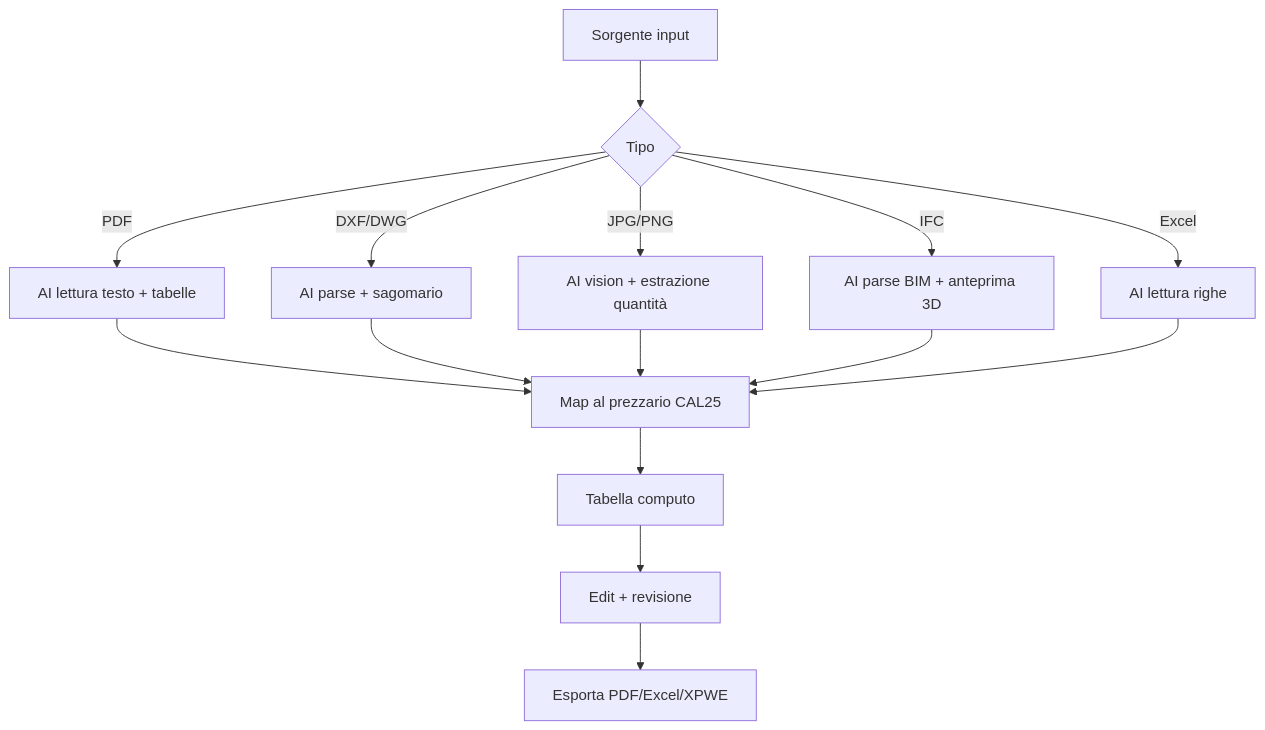
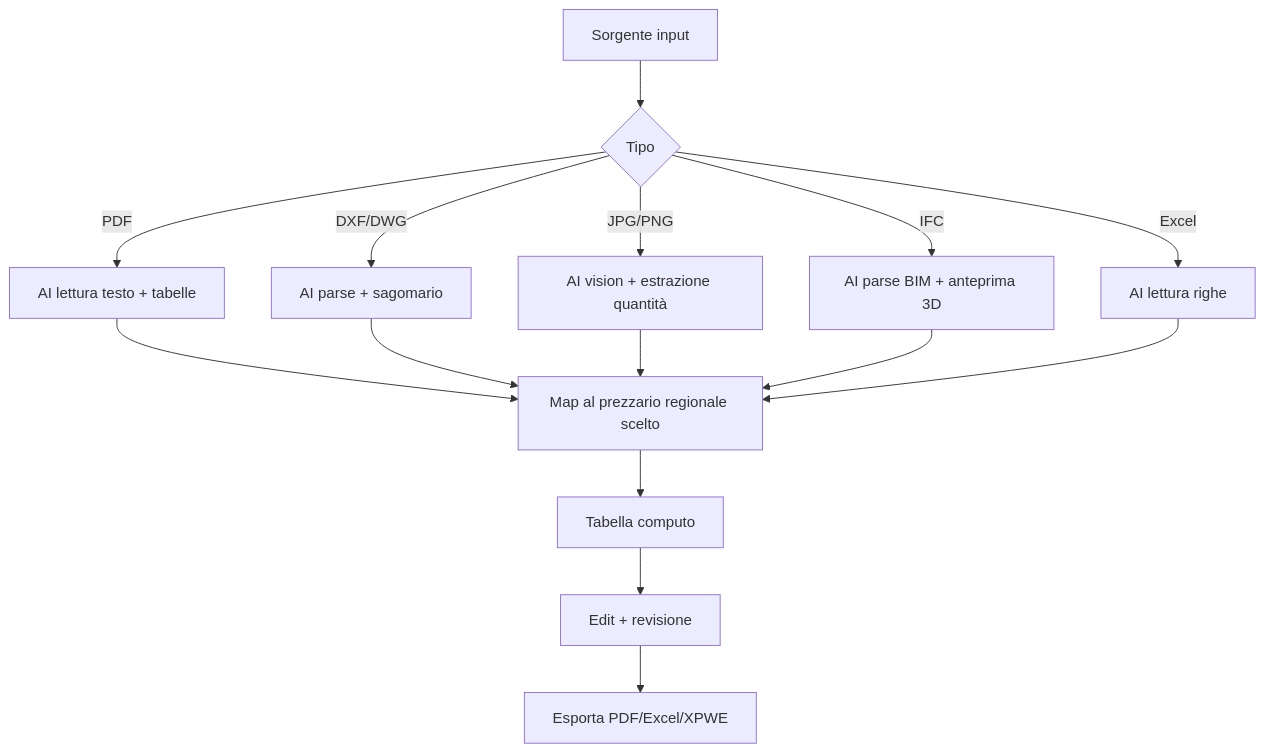
The diagram in computo/docs/it/workflow.md (EngSoft-Geostru/geostru-help-nx), drawn with Mermaid before and after one commit. The commit also changed other lines of this file and 2 other files, not shown here.

First line of the commit message:
docs(computo): FAQ/home/workflow — il catalogo copre tutte le regioni, non solo CAL25

````diff
--- a/computo/docs/it/workflow.md
+++ b/computo/docs/it/workflow.md
@@ -134,13 +139,13 @@
 ```mermaid
 flowchart TD
     A[Sorgente input] --> B{Tipo}
     B -->|PDF| C[AI lettura testo + tabelle]
     B -->|DXF/DWG| D[AI parse + sagomario]
     B -->|JPG/PNG| E[AI vision + estrazione quantità]
     B -->|IFC| F[AI parse BIM + anteprima 3D]
     B -->|Excel| G[AI lettura righe]
-    C & D & E & F & G --> H[Map al prezzario CAL25]
+    C & D & E & F & G --> H[Map al prezzario regionale scelto]
     H --> I[Tabella computo]
     I --> J[Edit + revisione]
     J --> K[Esporta PDF/Excel/XPWE]
 ```
````
